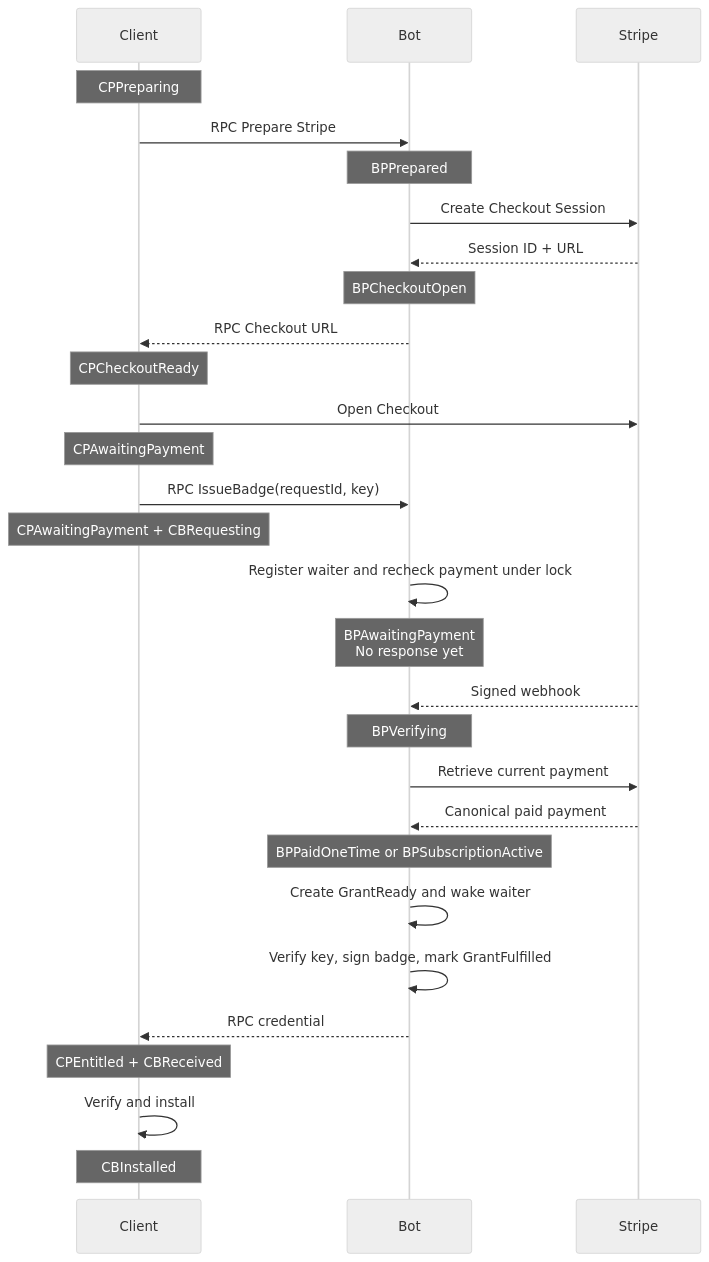
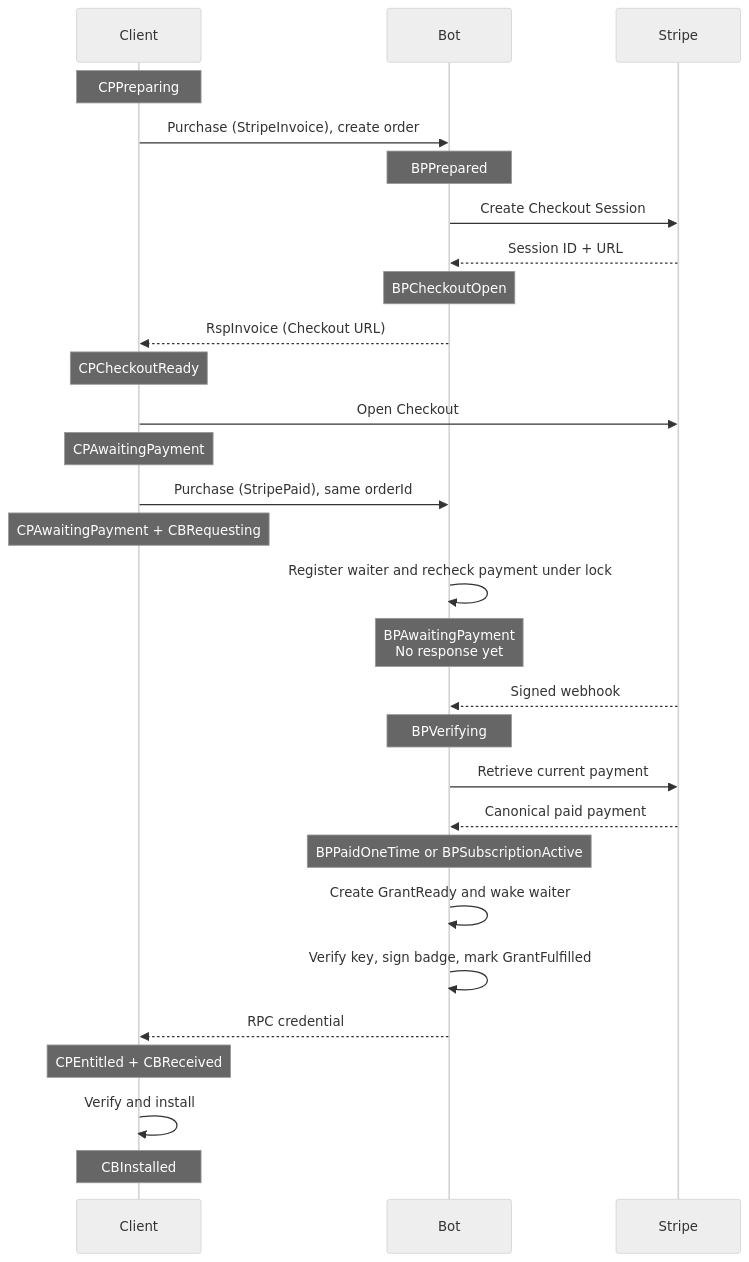
Before and after one commit to simplex-chat/simplex-chat: the ninth of 11 diagrams in plans/2026-07-20-supporter-badges-v2-implementation.md, drawn with Mermaid (neutral theme). The commit also changed other lines of this file and 3 other files, not shown here.

Commit message:
docs: rework badge plans to order-centric protocol

````diff
--- a/plans/2026-07-20-supporter-badges-v2-implementation.md
+++ b/plans/2026-07-20-supporter-badges-v2-implementation.md
@@ -557,31 +593,31 @@
 ```mermaid
 sequenceDiagram
   participant C as Client
   participant B as Bot
   participant S as Stripe
   Note over C: CPPreparing
-  C->>B: RPC Prepare Stripe
+  C->>B: Purchase (StripeInvoice), create order
   Note over B: BPPrepared
   B->>S: Create Checkout Session
   S-->>B: Session ID + URL
   Note over B: BPCheckoutOpen
-  B-->>C: RPC Checkout URL
+  B-->>C: RspInvoice (Checkout URL)
   Note over C: CPCheckoutReady
   C->>S: Open Checkout
   Note over C: CPAwaitingPayment
-  C->>B: RPC IssueBadge(requestId, key)
+  C->>B: Purchase (StripePaid), same orderId
   Note over C: CPAwaitingPayment + CBRequesting
   B->>B: Register waiter and recheck payment under lock
   Note over B: BPAwaitingPayment<br/>No response yet
   S-->>B: Signed webhook
   Note over B: BPVerifying
   B->>S: Retrieve current payment
   S-->>B: Canonical paid payment
   Note over B: BPPaidOneTime or BPSubscriptionActive
   B->>B: Create GrantReady and wake waiter
   B->>B: Verify key, sign badge, mark GrantFulfilled
   B-->>C: RPC credential
   Note over C: CPEntitled + CBReceived
   C->>C: Verify and install
   Note over C: CBInstalled
 ```
````
